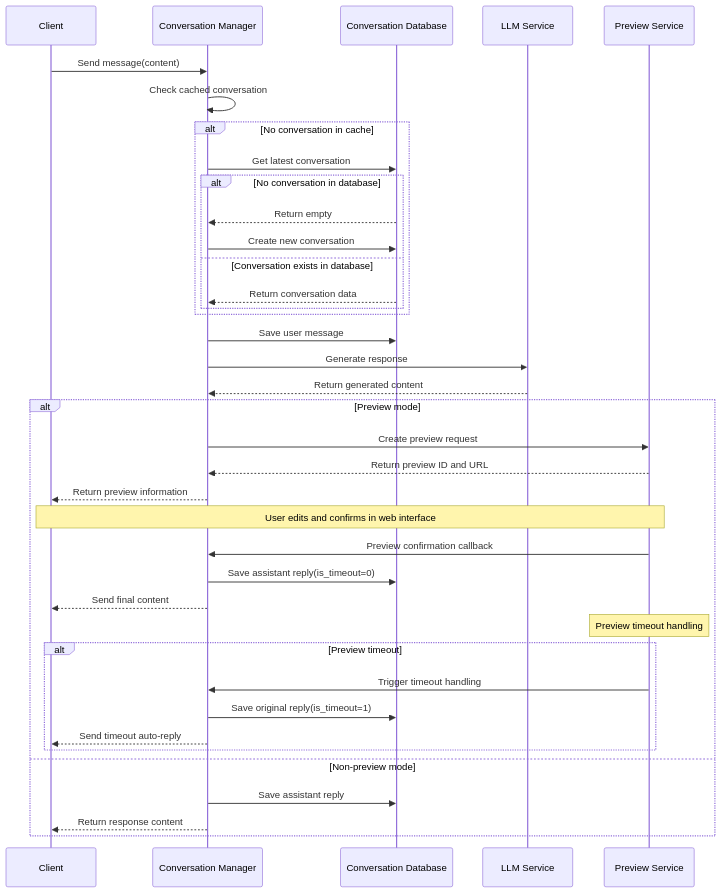
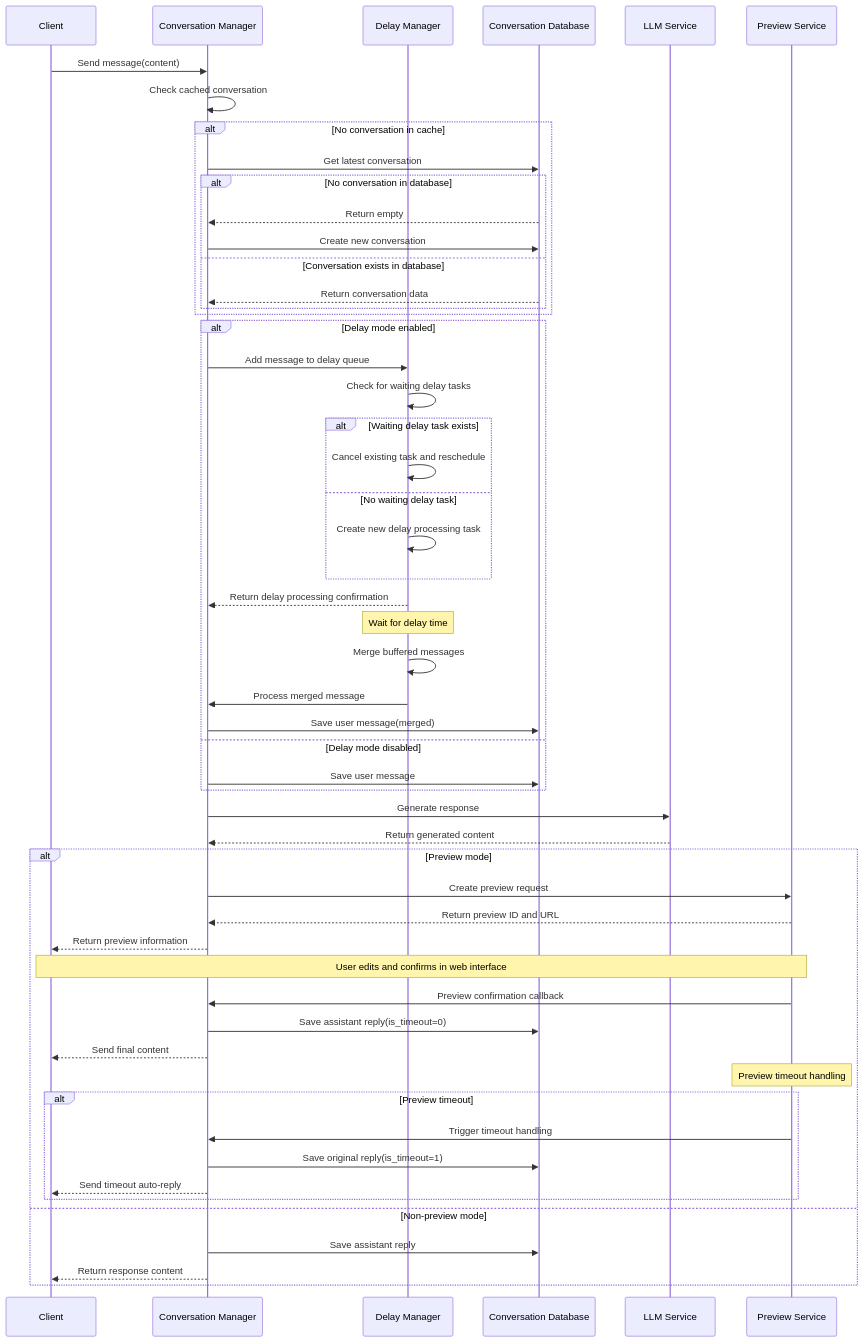
Before and after one commit to eogee/any4any: the first of 4 diagrams in docs/ConversationManagementSystemDocumentation.md, drawn with Mermaid. The commit also changed other lines of this file and 1 other file, not shown here.

````diff
--- a/docs/ConversationManagementSystemDocumentation.md
+++ b/docs/ConversationManagementSystemDocumentation.md
@@ -28,44 +30,63 @@
 ```mermaid
 sequenceDiagram
     participant Client as Client
     participant CM as Conversation Manager
+    participant DM as Delay Manager
     participant DB as Conversation Database
     participant LLM as LLM Service
     participant PS as Preview Service
     
     Client->>CM: Send message(content)
     CM->>CM: Check cached conversation
     alt No conversation in cache
         CM->>DB: Get latest conversation
         alt No conversation in database
             DB-->>CM: Return empty
             CM->>DB: Create new conversation
         else Conversation exists in database
             DB-->>CM: Return conversation data
         end
     end
-    CM->>DB: Save user message
+    
+    alt Delay mode enabled
+        CM->>DM: Add message to delay queue
+        DM->>DM: Check for waiting delay tasks
+        alt Waiting delay task exists
+            DM->>DM: Cancel existing task and reschedule
+        else No waiting delay task
+            DM->>DM: Create new delay processing task
+        end
+        DM-->>CM: Return delay processing confirmation
+        
+        Note over DM: Wait for delay time
+        DM->>DM: Merge buffered messages
+        DM->>CM: Process merged message
+        CM->>DB: Save user message(merged)
+    else Delay mode disabled
+        CM->>DB: Save user message
+    end
+    
     CM->>LLM: Generate response
     LLM-->>CM: Return generated content
     
     alt Preview mode
         CM->>PS: Create preview request
         PS-->>CM: Return preview ID and URL
         CM-->>Client: Return preview information
         
         Note over Client,PS: User edits and confirms in web interface
         PS->>CM: Preview confirmation callback
         CM->>DB: Save assistant reply(is_timeout=0)
         CM-->>Client: Send final content
         
         Note over PS: Preview timeout handling
         alt Preview timeout
             PS->>CM: Trigger timeout handling
             CM->>DB: Save original reply(is_timeout=1)
             CM-->>Client: Send timeout auto-reply
         end
     else Non-preview mode
         CM->>DB: Save assistant reply
         CM-->>Client: Return response content
     end
 ```
````
